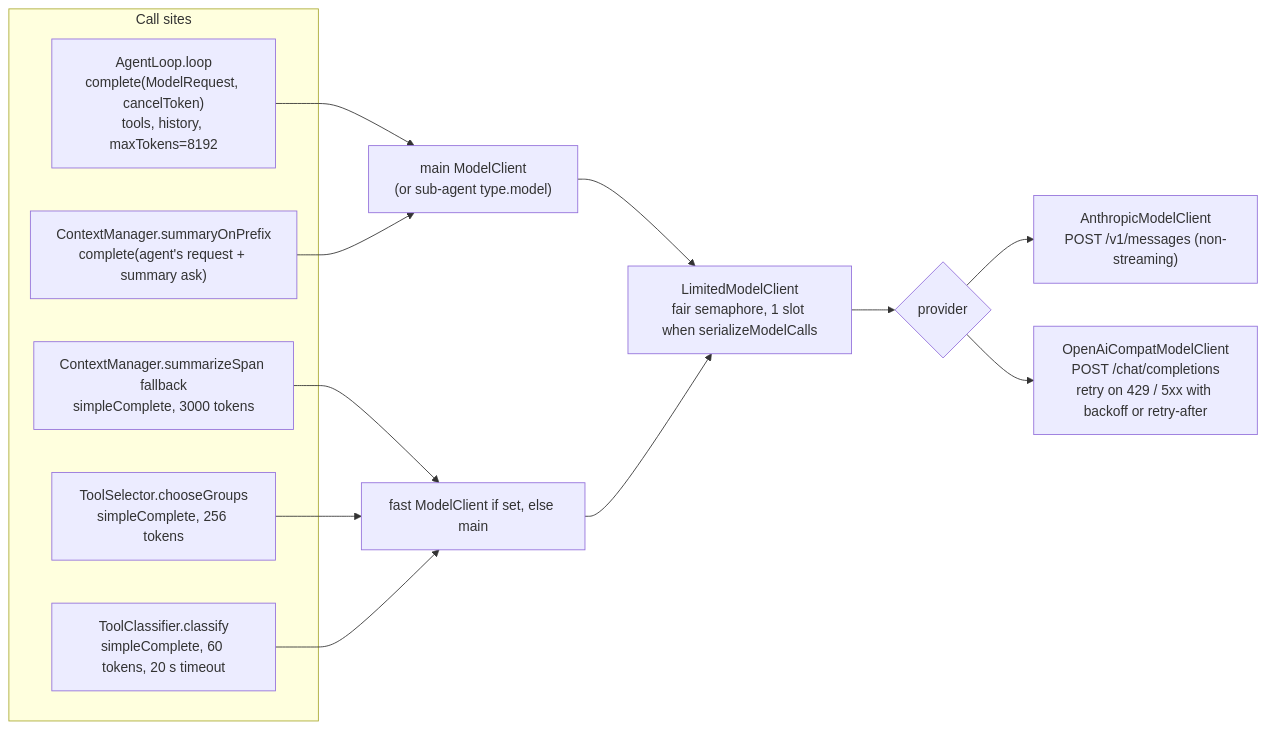
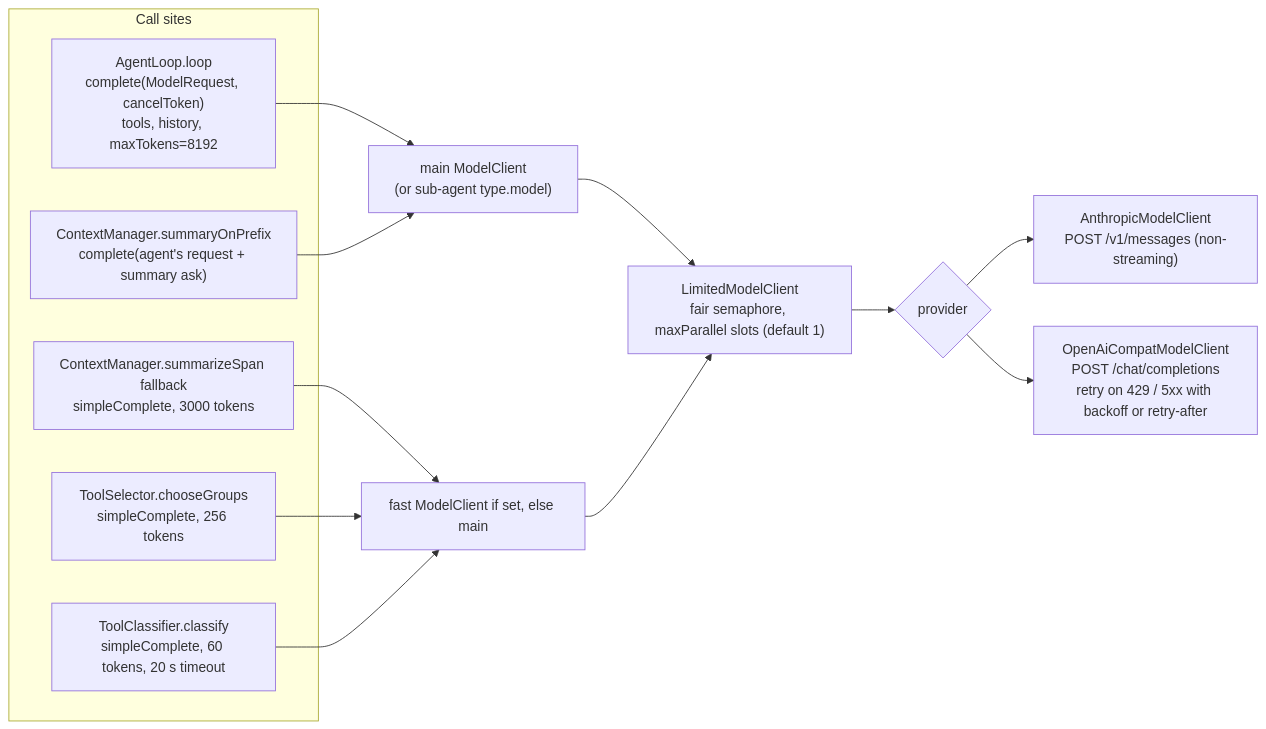
Before and after one commit to kendarorg/jllm: the tenth of 13 diagrams in docs/FLOW.md, drawn with Mermaid. The commit also changed other lines of this file and 10 other files, not shown here.

````diff
--- a/docs/FLOW.md
+++ b/docs/FLOW.md
@@ -358,16 +358,16 @@
 ```mermaid
 flowchart LR
     subgraph Calls["Call sites"]
         C1["AgentLoop.loop<br/>complete(ModelRequest, cancelToken)<br/>tools, history, maxTokens=8192"]
         C2["ContextManager.summaryOnPrefix<br/>complete(agent's request + summary ask)"]
         C3["ContextManager.summarizeSpan fallback<br/>simpleComplete, 3000 tokens"]
         C4["ToolSelector.chooseGroups<br/>simpleComplete, 256 tokens"]
         C5["ToolClassifier.classify<br/>simpleComplete, 60 tokens, 20 s timeout"]
     end
     C1 & C2 --> MAIN["main ModelClient<br/>(or sub-agent type.model)"]
     C3 & C4 & C5 --> FASTQ["fast ModelClient if set, else main"]
-    MAIN & FASTQ --> LMC["LimitedModelClient<br/>fair semaphore, 1 slot when serializeModelCalls"]
+    MAIN & FASTQ --> LMC["LimitedModelClient<br/>fair semaphore, maxParallel slots (default 1)"]
     LMC --> P{"provider"}
     P --> ANT["AnthropicModelClient<br/>POST /v1/messages (non-streaming)"]
     P --> OAI["OpenAiCompatModelClient<br/>POST /chat/completions<br/>retry on 429 / 5xx with backoff or retry-after"]
 ```
````
